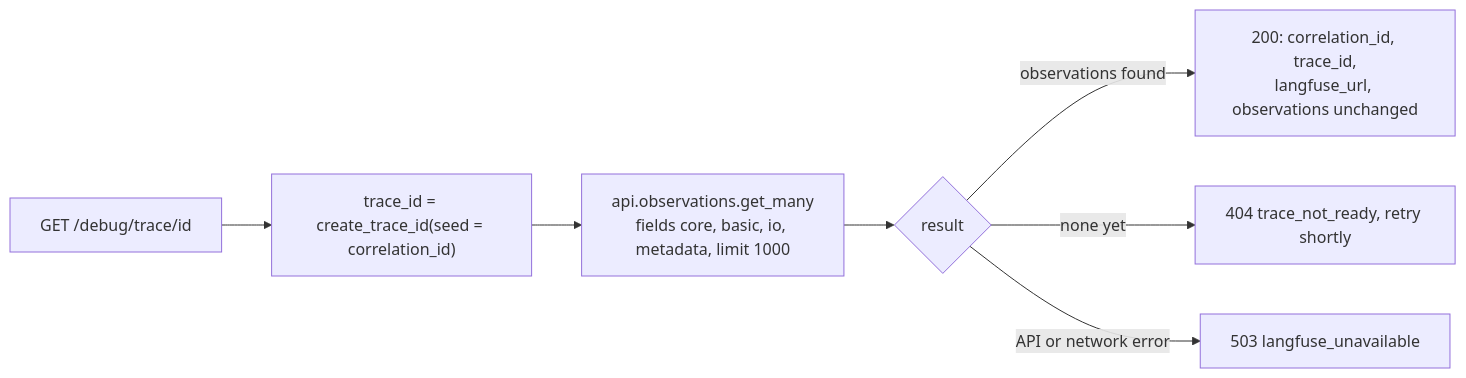
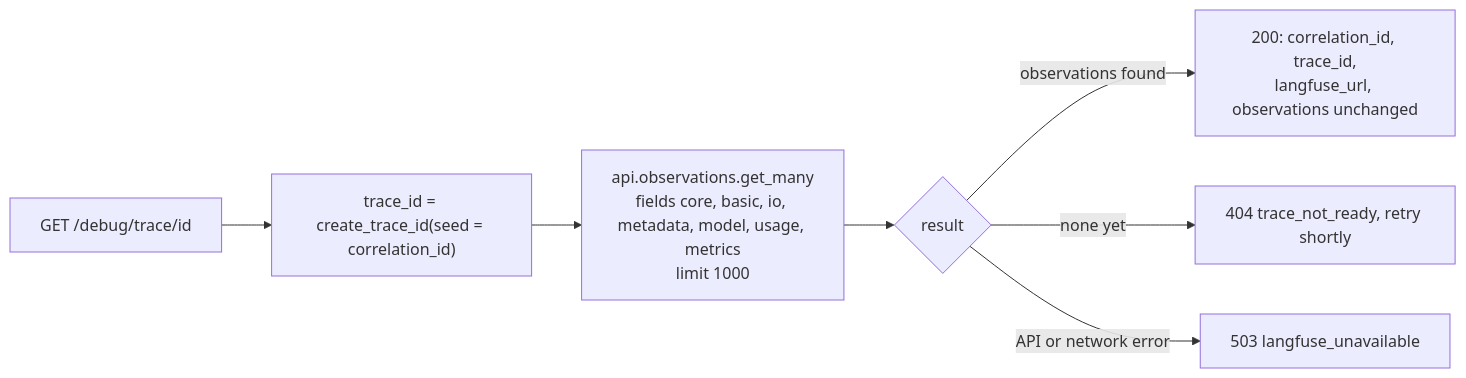
One commit to gustavomoises/dayforce changed the fourth of 4 diagrams in trace-architecture.md. Above: the diagram before and after it, drawn with Mermaid. The commit also changed other lines of this file and 2 other files, not shown here.

Commit message:
debug/trace: include model, usage, cost and latency per observation

````diff
--- a/trace-architecture.md
+++ b/trace-architecture.md
@@ -150,9 +150,9 @@
 ```mermaid
 flowchart LR
     REQ["GET /debug/trace/id"] --> TID["trace_id = create_trace_id(seed = correlation_id)"]
-    TID --> API["api.observations.get_many<br/>fields core, basic, io, metadata, limit 1000"]
+    TID --> API["api.observations.get_many<br/>fields core, basic, io, metadata, model, usage, metrics<br/>limit 1000"]
     API --> E{"result"}
     E -- "observations found" --> OK["200: correlation_id, trace_id,<br/>langfuse_url, observations unchanged"]
     E -- "none yet" --> NR["404 trace_not_ready, retry shortly"]
     E -- "API or network error" --> UN["503 langfuse_unavailable"]
 ```
````
